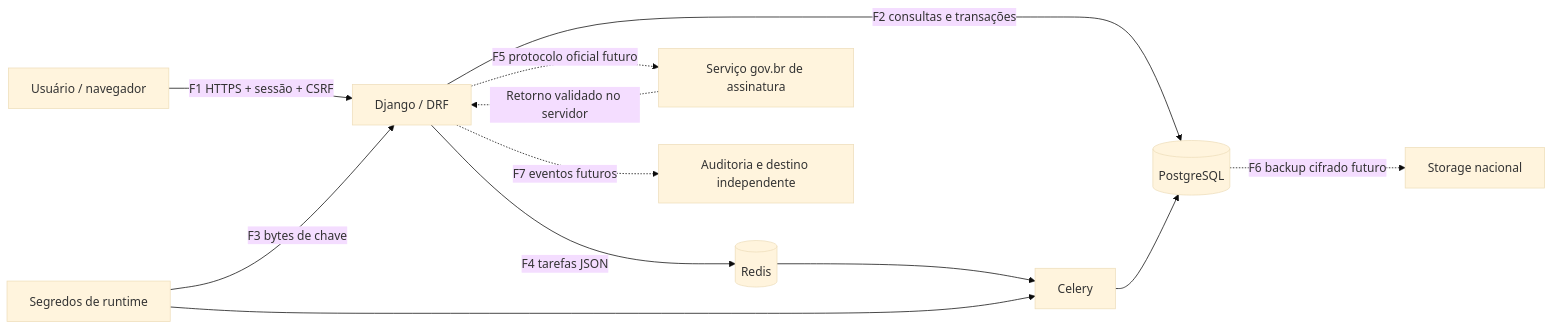
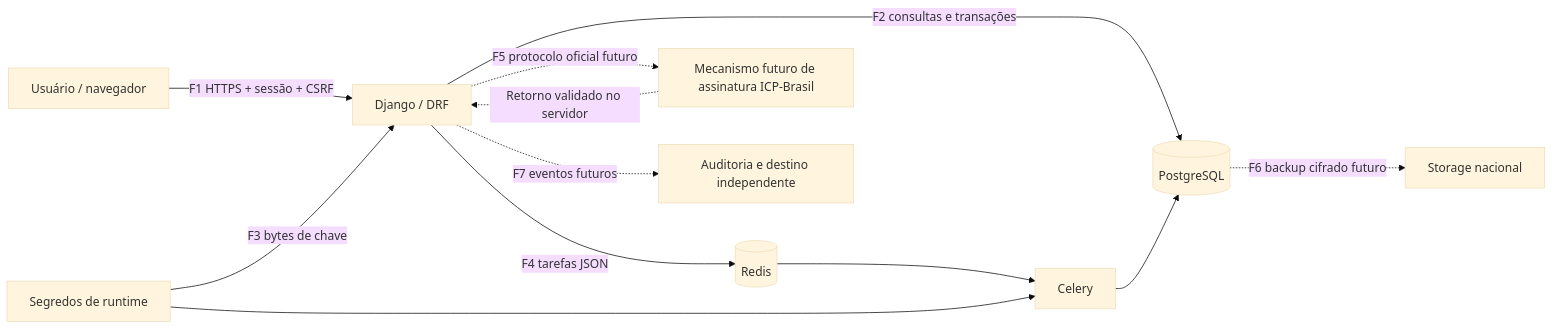
Before and after one commit to dhiessica11/sistema-de-protuarios: the diagram in docs/seguranca/STRIDE-lote-3.md, drawn with Mermaid (base theme). The commit also changed other lines of this file and 10 other files, not shown here.

Commit message:
docs: definir assinatura qualificada ICP-Brasil

````diff
--- a/docs/seguranca/STRIDE-lote-3.md
+++ b/docs/seguranca/STRIDE-lote-3.md
@@ -60,14 +64,14 @@
 ```mermaid
 flowchart LR
   U[Usuário / navegador] -->|F1 HTTPS + sessão + CSRF| A[Django / DRF]
   A -->|F2 consultas e transações| P[(PostgreSQL)]
   K[Segredos de runtime] -->|F3 bytes de chave| A
   A -->|F4 tarefas JSON| R[(Redis)]
   R --> W[Celery]
   K --> W
   W --> P
-  A -.->|F5 protocolo oficial futuro| G[Serviço gov.br de assinatura]
+  A -.->|F5 protocolo oficial futuro| G[Mecanismo futuro de assinatura ICP-Brasil]
   G -.->|Retorno validado no servidor| A
   P -.->|F6 backup cifrado futuro| B[Storage nacional]
   A -.->|F7 eventos futuros| L[Auditoria e destino independente]
 ```
````
